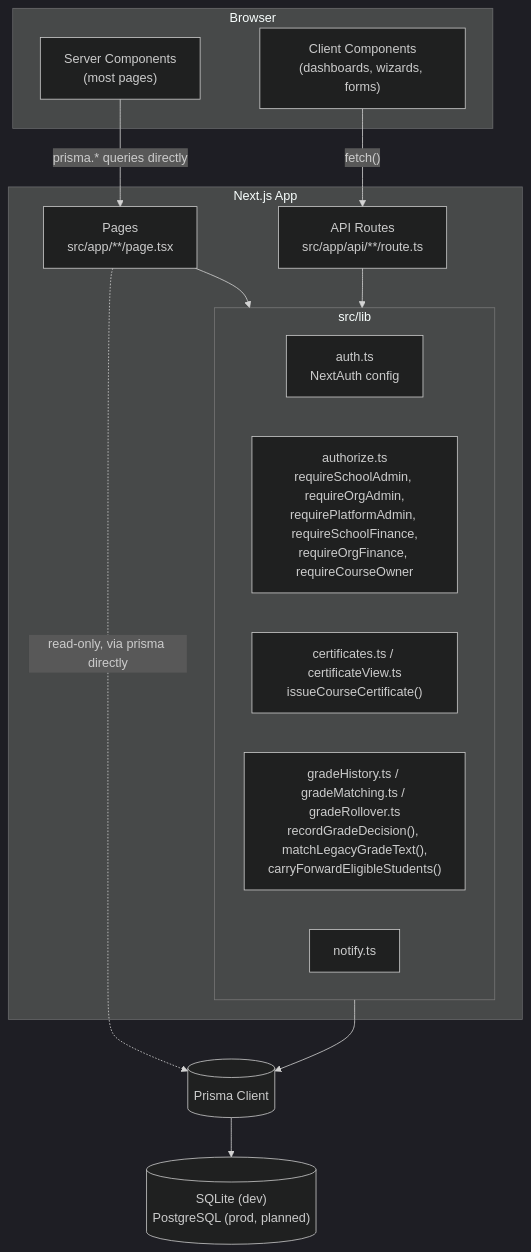
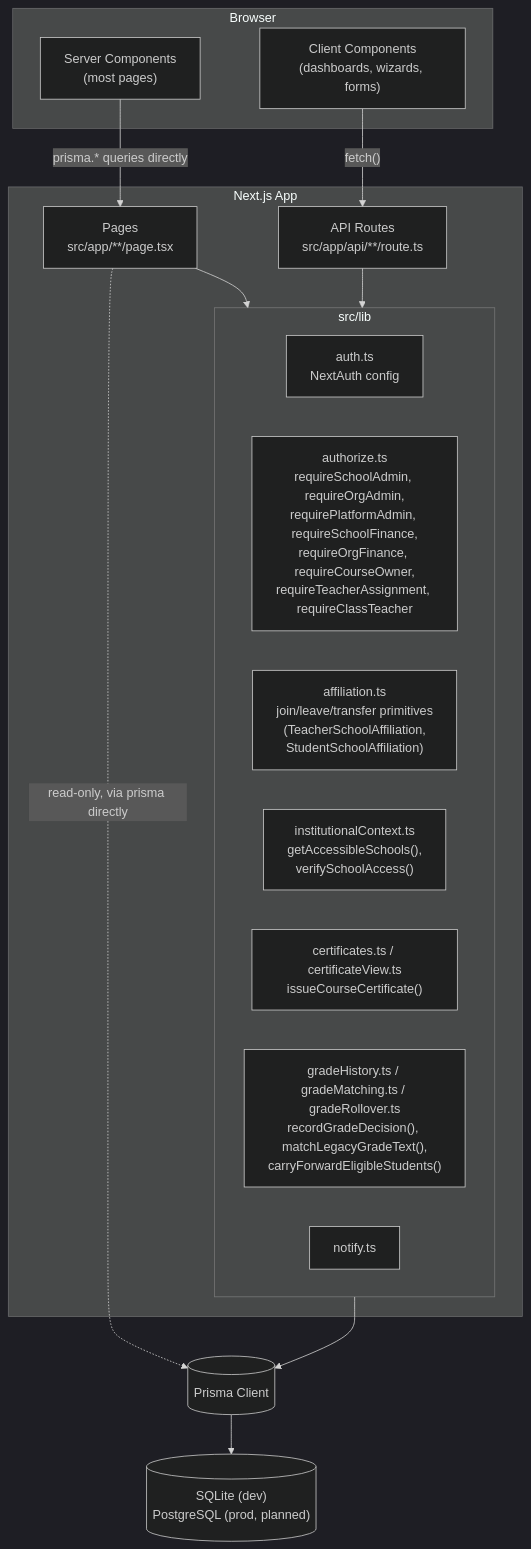
Before and after one commit to adhikariminraj/megaedu-app: the first of 2 diagrams in docs/ARCHITECTURE.md, drawn with Mermaid (dark theme). The commit also changed other lines of this file and 9 other files, not shown here.

````diff
--- a/docs/ARCHITECTURE.md
+++ b/docs/ARCHITECTURE.md
@@ -35,31 +41,33 @@
 ```mermaid
 flowchart TB
     subgraph Browser
         SC["Server Components<br/>(most pages)"]
         CC["Client Components<br/>(dashboards, wizards, forms)"]
     end
 
     subgraph NextApp["Next.js App"]
         Pages["Pages<br/>src/app/**/page.tsx"]
         API["API Routes<br/>src/app/api/**/route.ts"]
 
         subgraph Lib["src/lib"]
             Auth["auth.ts<br/>NextAuth config"]
-            Authorize["authorize.ts<br/>requireSchoolAdmin, requireOrgAdmin,<br/>requirePlatformAdmin, requireSchoolFinance,<br/>requireOrgFinance, requireCourseOwner"]
+            Authorize["authorize.ts<br/>requireSchoolAdmin, requireOrgAdmin,<br/>requirePlatformAdmin, requireSchoolFinance,<br/>requireOrgFinance, requireCourseOwner,<br/>requireTeacherAssignment, requireClassTeacher"]
+            Affiliation["affiliation.ts<br/>join/leave/transfer primitives<br/>(TeacherSchoolAffiliation,<br/>StudentSchoolAffiliation)"]
+            Context["institutionalContext.ts<br/>getAccessibleSchools(),<br/>verifySchoolAccess()"]
             Cert["certificates.ts / certificateView.ts<br/>issueCourseCertificate()"]
             Grade["gradeHistory.ts / gradeMatching.ts / gradeRollover.ts<br/>recordGradeDecision(), matchLegacyGradeText(),<br/>carryForwardEligibleStudents()"]
             Notify["notify.ts"]
         end
     end
 
     Prisma[("Prisma Client")]
     DB[("SQLite (dev)<br/>PostgreSQL (prod, planned)")]
 
     SC -->|"prisma.* queries directly"| Pages
     CC -->|"fetch()"| API
     Pages --> Lib
     API --> Lib
     Lib --> Prisma
     Pages -.->|"read-only, via prisma directly"| Prisma
     Prisma --> DB
 ```
````
